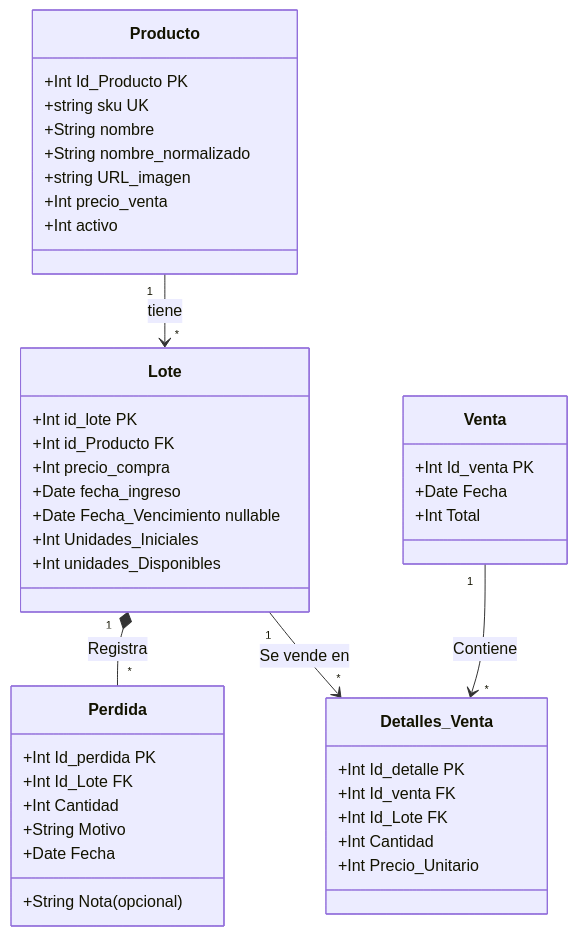
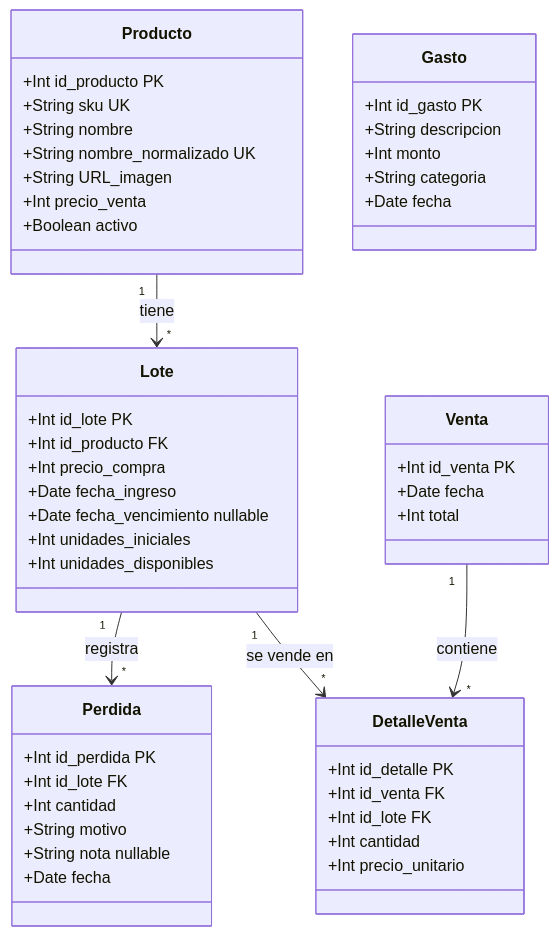
One commit to CokkeDev/Mi-Negocio changed the second of 6 diagrams in README.md. Above: the diagram before and after it, drawn with Mermaid. The commit also changed other lines of this file and 7 other files, not shown here.

````diff
--- a/README.md
+++ b/README.md
@@ -39,50 +93,53 @@
 ```mermaid
 classDiagram
   class Producto {
-    +Int Id_Producto PK
-    +string sku UK 
+    +Int id_producto PK
+    +String sku UK
     +String nombre
-    +String nombre_normalizado
-    +string URL_imagen
+    +String nombre_normalizado UK
+    +String URL_imagen
     +Int precio_venta
-    +Int activo
+    +Boolean activo
   }
-
   class Lote {
     +Int id_lote PK
-    +Int id_Producto FK
+    +Int id_producto FK
     +Int precio_compra
     +Date fecha_ingreso
-    +Date Fecha_Vencimiento nullable
-    +Int Unidades_Iniciales
-    +Int unidades_Disponibles
+    +Date fecha_vencimiento nullable
+    +Int unidades_iniciales
+    +Int unidades_disponibles
   }
-
   class Perdida {
-    +Int Id_perdida PK
-    +Int Id_Lote FK
-    +Int Cantidad
-    +String Motivo
-    +String Nota (opcional)
-    +Date Fecha
+    +Int id_perdida PK
+    +Int id_lote FK
+    +Int cantidad
+    +String motivo
+    +String nota nullable
+    +Date fecha
   }
-
   class Venta {
-    +Int Id_venta PK
-    +Date Fecha
-    +Int Total
+    +Int id_venta PK
+    +Date fecha
+    +Int total
   }
-
-    class Detalles_Venta{
-    +Int Id_detalle PK
-    +Int Id_venta FK
-    +Int Id_Lote FK
-    +Int Cantidad
-    +Int Precio_Unitario
+  class DetalleVenta {
+    +Int id_detalle PK
+    +Int id_venta FK
+    +Int id_lote FK
+    +Int cantidad
+    +Int precio_unitario
+  }
+  class Gasto {
+    +Int id_gasto PK
+    +String descripcion
+    +Int monto
+    +String categoria
+    +Date fecha
   }
 
   Producto "1" --> "*" Lote : tiene
-  Lote "1" *-- "*" Perdida : Registra
-  Lote "1" --> "*" Detalles_Venta : Se vende en
-  Venta "1" --> "*" Detalles_Venta : Contiene
+  Lote "1" --> "*" Perdida : registra
+  Lote "1" --> "*" DetalleVenta : se vende en
+  Venta "1" --> "*" DetalleVenta : contiene
 ```
````
